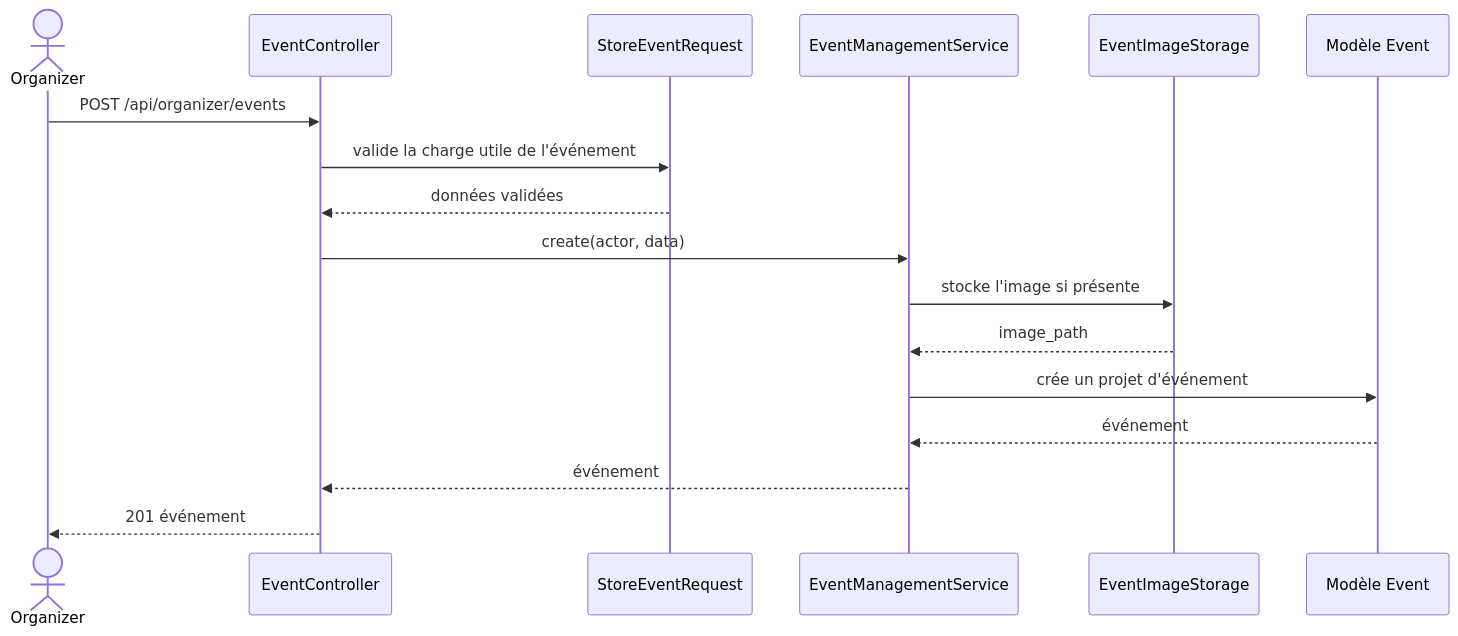
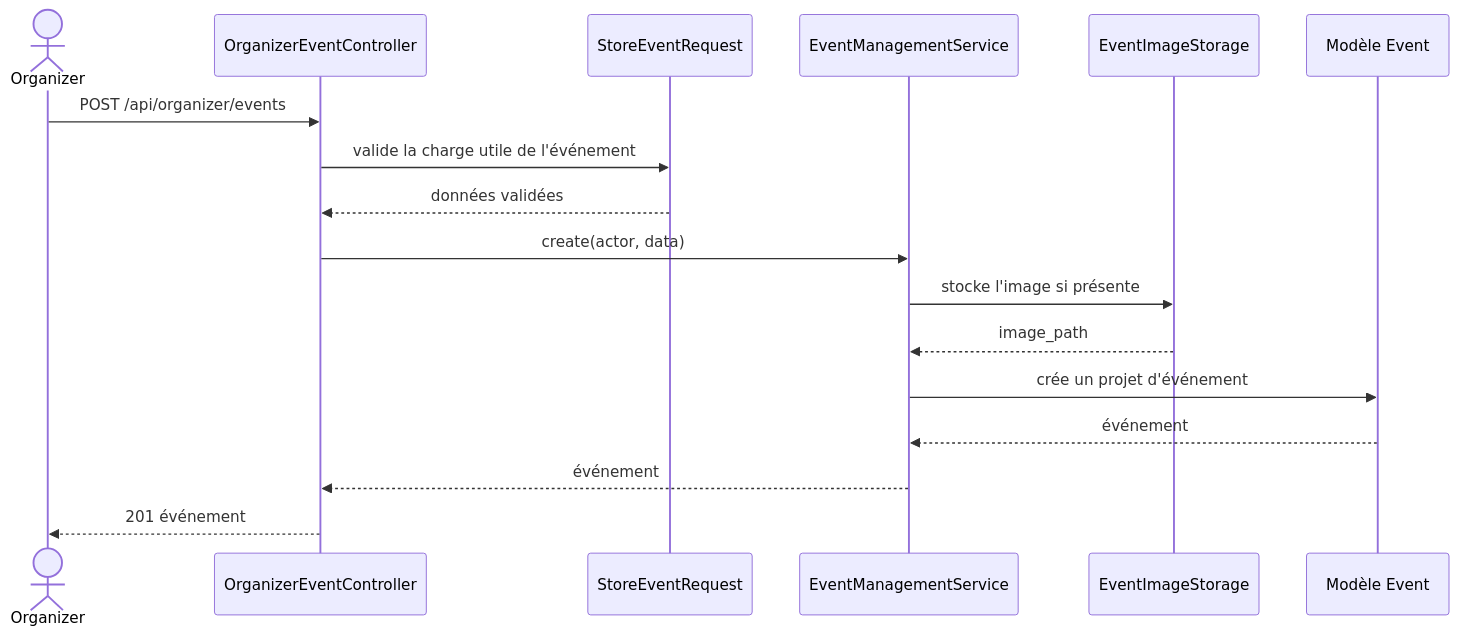
The eighth of 34 diagrams in backend/docs/uml/workflows.md (HOUDAZ011100100/SecRet-cms), drawn with Mermaid before and after one commit. The commit also changed other lines of this file and 27 other files, not shown here.

````diff
--- a/backend/docs/uml/workflows.md
+++ b/backend/docs/uml/workflows.md
@@ -198,20 +204,20 @@
 ```mermaid
 sequenceDiagram
     actor Organizer
-    participant API as EventController
+    participant API as OrganizerEventController
     participant Request as StoreEventRequest
     participant Service as EventManagementService
     participant Storage as EventImageStorage
     participant Event as Modèle Event
 
     Organizer->>API: POST /api/organizer/events
     API->>Request: valide la charge utile de l'événement
     Request-->>API: données validées
     API->>Service: create(actor, data)
     Service->>Storage: stocke l'image si présente
     Storage-->>Service: image_path
     Service->>Event: crée un projet d'événement
     Event-->>Service: événement
     Service-->>API: événement
     API-->>Organizer: 201 événement
 ```
````
